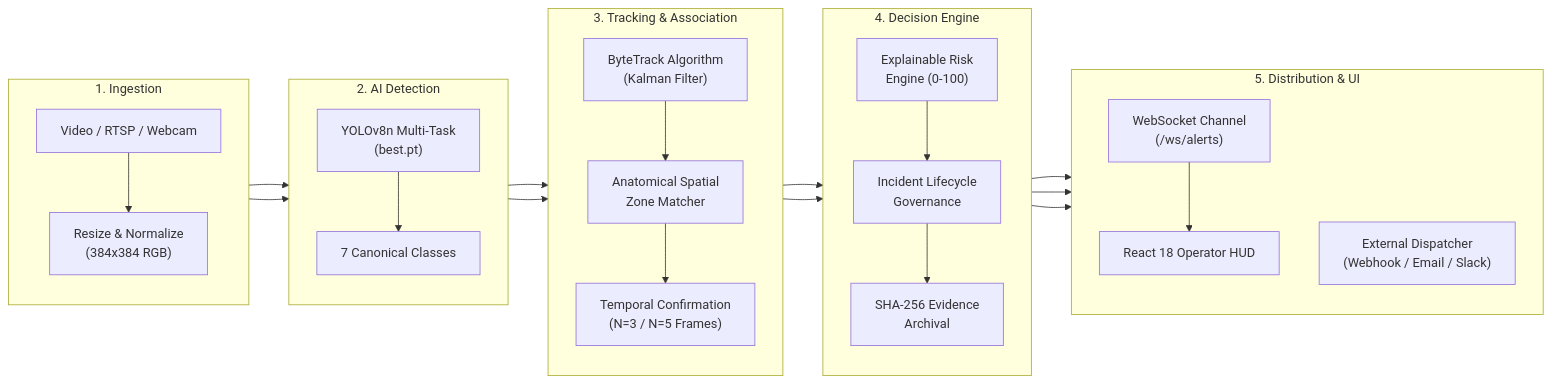
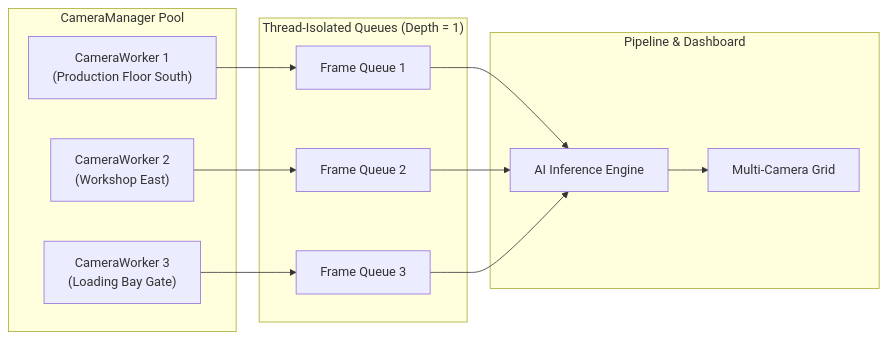
The second of 5 diagrams in README.md (SMRU08/SafeSync), drawn with Mermaid before and after one commit. The commit also changed other lines of this file, not shown here.

````diff
--- a/README.md
+++ b/README.md
@@ -132,36 +237,24 @@
 ```mermaid
 flowchart LR
-    subgraph S1["1. Ingestion"]
-        direction TB
-        IN["Video / RTSP / Webcam"] --> PRE["Resize & Normalize<br>(384x384 RGB)"]
+    subgraph POOL["CameraManager Pool"]
+        W1["CameraWorker 1<br>(Production Floor South)"]
+        W2["CameraWorker 2<br>(Workshop East)"]
+        W3["CameraWorker 3<br>(Loading Bay Gate)"]
     end
 
-    subgraph S2["2. AI Detection"]
-        direction TB
-        PRE --> YOLO["YOLOv8n Multi-Task<br>(best.pt)"]
-        YOLO --> DETS["7 Canonical Classes"]
+    subgraph QUEUES["Thread-Isolated Queues (Depth = 1)"]
+        Q1["Frame Queue 1"]
+        Q2["Frame Queue 2"]
+        Q3["Frame Queue 3"]
     end
 
-    subgraph S3["3. Tracking & Association"]
-        direction TB
-        DETS --> BT["ByteTrack Algorithm<br>(Kalman Filter)"]
-        BT --> ANAT["Anatomical Spatial<br>Zone Matcher"]
-        ANAT --> TEMP["Temporal Confirmation<br>(N=3 / N=5 Frames)"]
+    subgraph CORE["Pipeline & Dashboard"]
+        AI["AI Inference Engine"]
+        DISP["Multi-Camera Grid"]
     end
 
-    subgraph S4["4. Decision Engine"]
-        direction TB
-        TEMP --> RISK["Explainable Risk<br>Engine (0-100)"]
-        RISK --> INC["Incident Lifecycle<br>Governance"]
-        INC --> EV["SHA-256 Evidence<br>Archival"]
-    end
-
-    subgraph S5["5. Distribution & UI"]
-        direction TB
-        INC --> WS["WebSocket Channel<br>(/ws/alerts)"]
-        WS --> SOC["React 18 Operator HUD"]
-        INC --> EXT["External Dispatcher<br>(Webhook / Email / Slack)"]
-    end
-
-    S1 --> S2 --> S3 --> S4 --> S5
+    W1 --> Q1 --> AI
+    W2 --> Q2 --> AI
+    W3 --> Q3 --> AI
+    AI --> DISP
 ```
````
